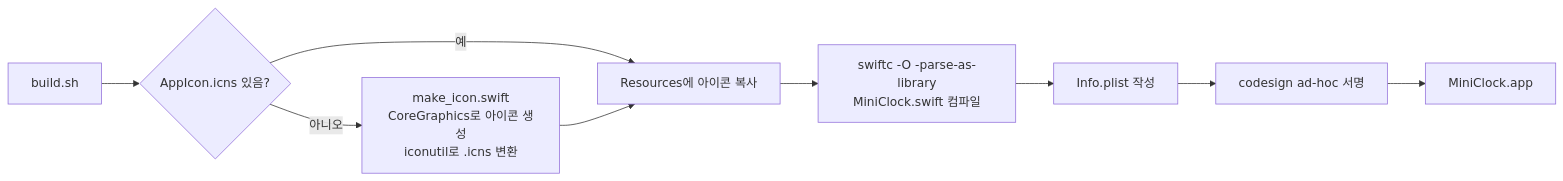
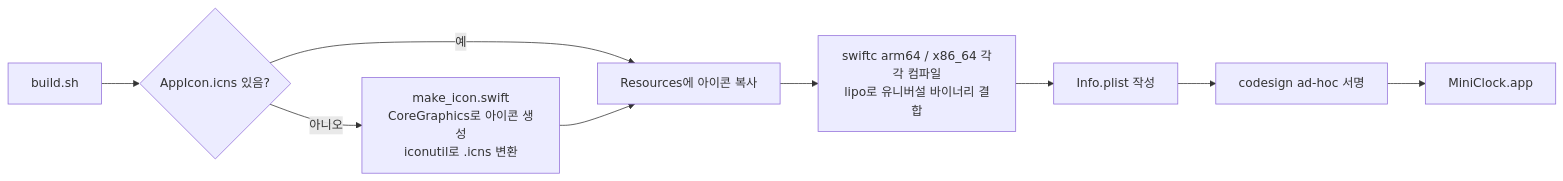
The diagram in README.md (ic4r/mini-clock), drawn with Mermaid before and after one commit. The commit also changed other lines of this file and 3 other files, not shown here.

Commit message:
유니버설 바이너리 빌드 및 릴리스 설치 안내 추가

````diff
--- a/README.md
+++ b/README.md
@@ -50,11 +73,11 @@
 ```mermaid
 flowchart LR
     A[build.sh] --> B{AppIcon.icns 있음?}
     B -- 아니오 --> C[make_icon.swift<br/>CoreGraphics로 아이콘 생성<br/>iconutil로 .icns 변환]
     B -- 예 --> D[Resources에 아이콘 복사]
     C --> D
-    D --> E[swiftc -O -parse-as-library<br/>MiniClock.swift 컴파일]
+    D --> E[swiftc arm64 / x86_64 각각 컴파일<br/>lipo로 유니버설 바이너리 결합]
     E --> F[Info.plist 작성]
     F --> G[codesign ad-hoc 서명]
     G --> H[MiniClock.app]
 ```
````
